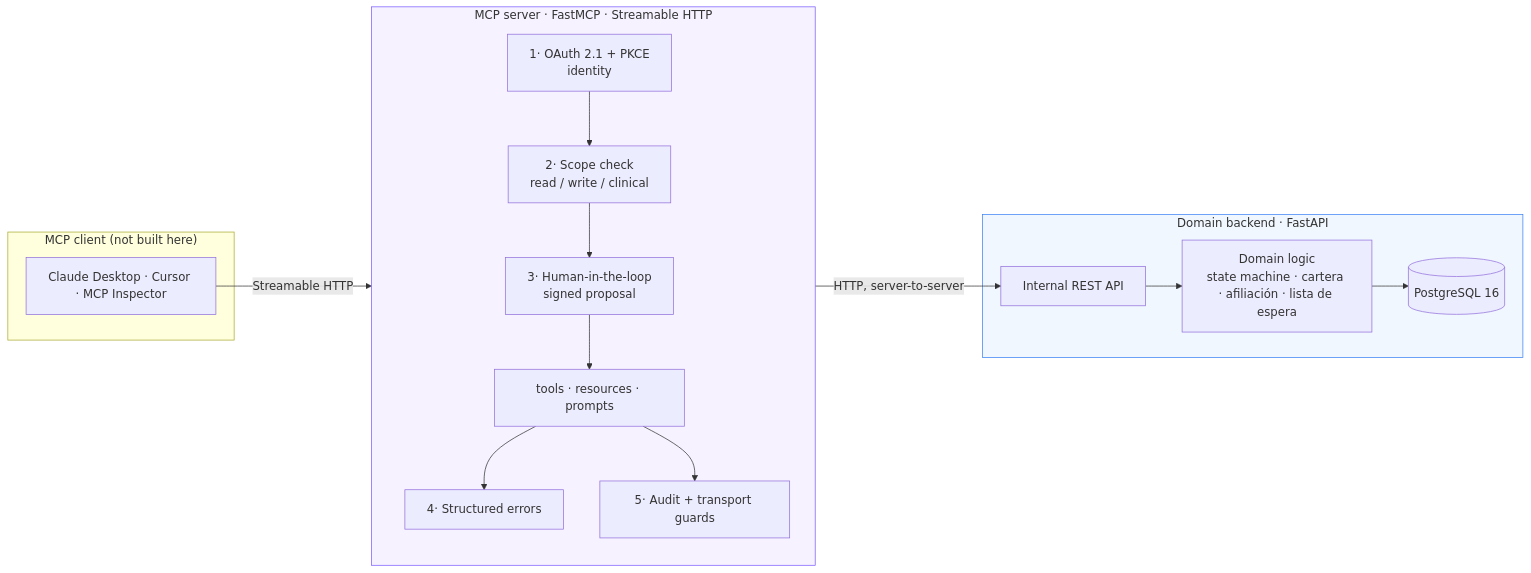
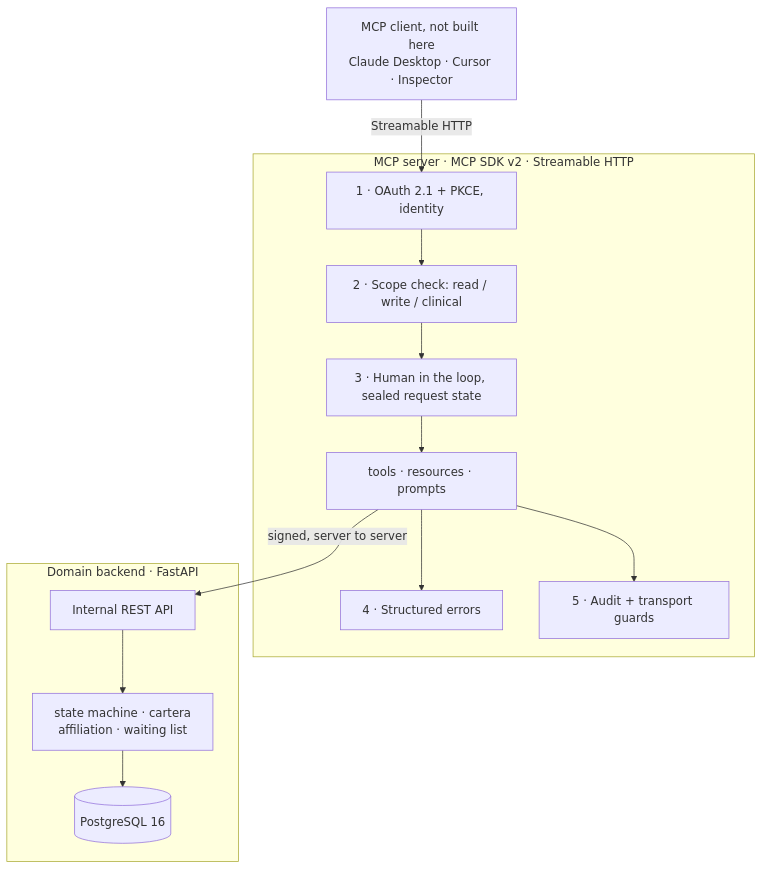
One commit to dylanbc1/dental-clinic-mcp-server changed the first of 3 diagrams in docs/architecture.md. Above: the diagram before and after it, drawn with Mermaid. The commit also changed 3 other files, not shown here.

First line of the commit message:
docs: shrink the diagrams GitHub was refusing to render

````diff
--- a/docs/architecture.md
+++ b/docs/architecture.md
@@ -7,31 +7,23 @@
 ```mermaid
-flowchart LR
-    subgraph client["MCP client (not built here)"]
-        C["Claude Desktop · Cursor · MCP Inspector"]
+flowchart TB
+    C["MCP client, not built here<br/>Claude Desktop · Cursor · Inspector"]
+    subgraph mcp["MCP server · MCP SDK v2 · Streamable HTTP"]
+      A1["1 · OAuth 2.1 + PKCE, identity"]
+      A2["2 · Scope check: read / write / clinical"]
+      A3["3 · Human in the loop, sealed request state"]
+      T["tools · resources · prompts"]
+      A4["4 · Structured errors"]
+      A5["5 · Audit + transport guards"]
+      A1 --> A2 --> A3 --> T
+      T --> A4
+      T --> A5
     end
-
-    subgraph mcp["MCP server · FastMCP · Streamable HTTP"]
-        direction TB
-        A1["1· OAuth 2.1 + PKCE<br/>identity"]
-        A2["2· Scope check<br/>read / write / clinical"]
-        A3["3· Human-in-the-loop<br/>signed proposal"]
-        T["tools · resources · prompts"]
-        A4["4· Structured errors"]
-        A5["5· Audit + transport guards"]
-        A1 --> A2 --> A3 --> T --> A4
-        T --> A5
+    subgraph backend["Domain backend · FastAPI"]
+      API["Internal REST API"]
+      DOM["state machine · cartera<br/>affiliation · waiting list"]
+      DB[("PostgreSQL 16")]
+      API --> DOM --> DB
     end
-
-    subgraph backend["Domain backend · FastAPI"]
-        API["Internal REST API"]
-        DOM["Domain logic<br/>state machine · cartera · afiliación · lista de espera"]
-        DB[("PostgreSQL 16")]
-        API --> DOM --> DB
-    end
-
-    C -- "Streamable HTTP" --> A1
-    T -- "HTTP, server-to-server" --> API
-
-    style mcp fill:#f6f2ff,stroke:#7c5cff
-    style backend fill:#f0f7ff,stroke:#3b82f6
+    C -->|"Streamable HTTP"| A1
+    T -->|"signed, server to server"| API
 ```
````
